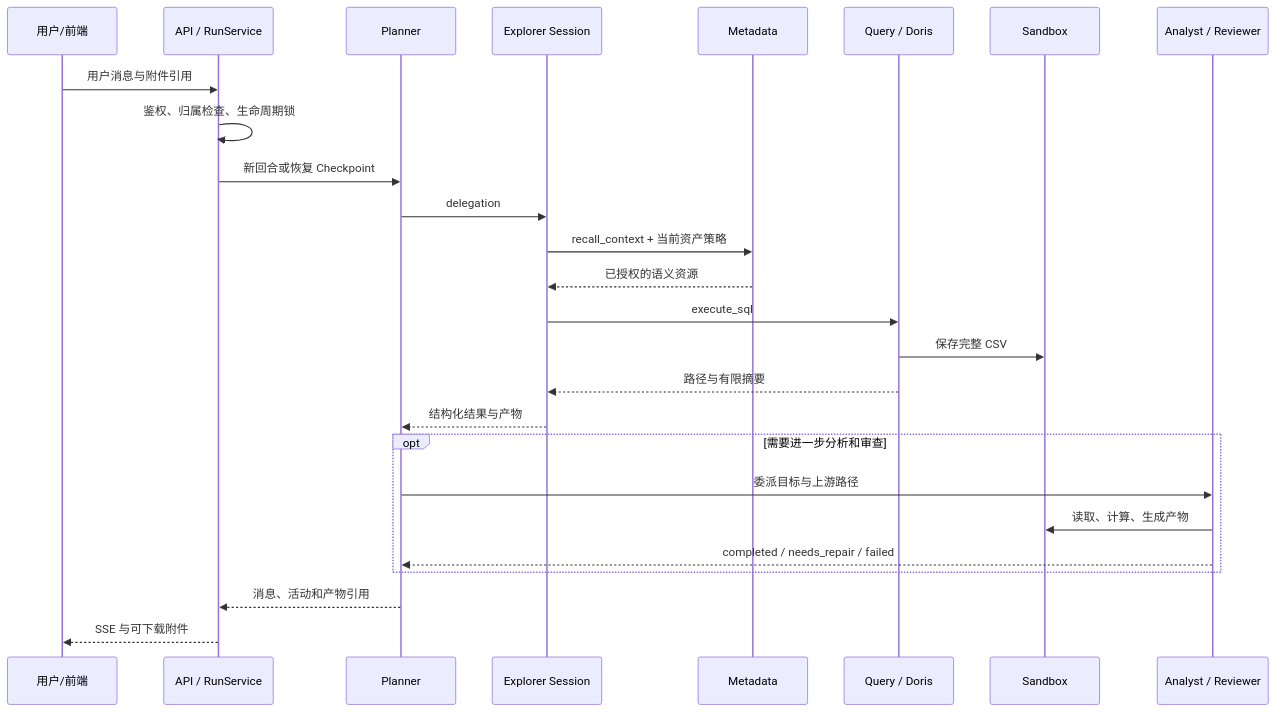
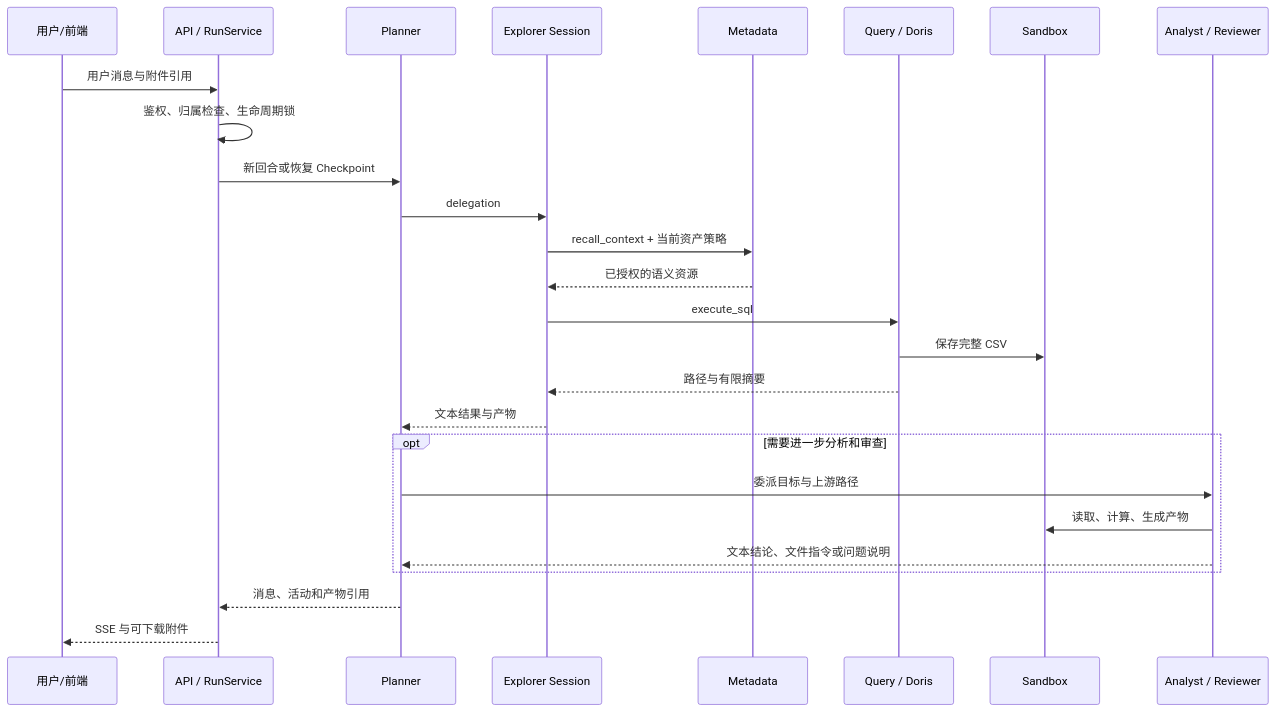
One commit to 2739673455/dataagent changed the third of 4 diagrams in docs/00_架构与协作总览.md. Above: the diagram before and after it, drawn with Mermaid. The commit also changed other lines of this file and 39 other files, not shown here.

````diff
--- a/docs/00_架构与协作总览.md
+++ b/docs/00_架构与协作总览.md
@@ -642,28 +637,28 @@
 ```mermaid
 sequenceDiagram
     participant U as 用户/前端
     participant R as API / RunService
     participant P as Planner
     participant E as Explorer Session
     participant M as Metadata
     participant Q as Query / Doris
     participant S as Sandbox
     participant A as Analyst / Reviewer
     U->>R: 用户消息与附件引用
     R->>R: 鉴权、归属检查、生命周期锁
     R->>P: 新回合或恢复 Checkpoint
     P->>E: delegation
     E->>M: recall_context + 当前资产策略
     M-->>E: 已授权的语义资源
     E->>Q: execute_sql
     Q->>S: 保存完整 CSV
     Q-->>E: 路径与有限摘要
-    E-->>P: 结构化结果与产物
+    E-->>P: 文本结果与产物
     opt 需要进一步分析和审查
         P->>A: 委派目标与上游路径
         A->>S: 读取、计算、生成产物
-        A-->>P: completed / needs_repair / failed
+        A-->>P: 文本结论、文件指令或问题说明
     end
     P-->>R: 消息、活动和产物引用
     R-->>U: SSE 与可下载附件
 ```
````
